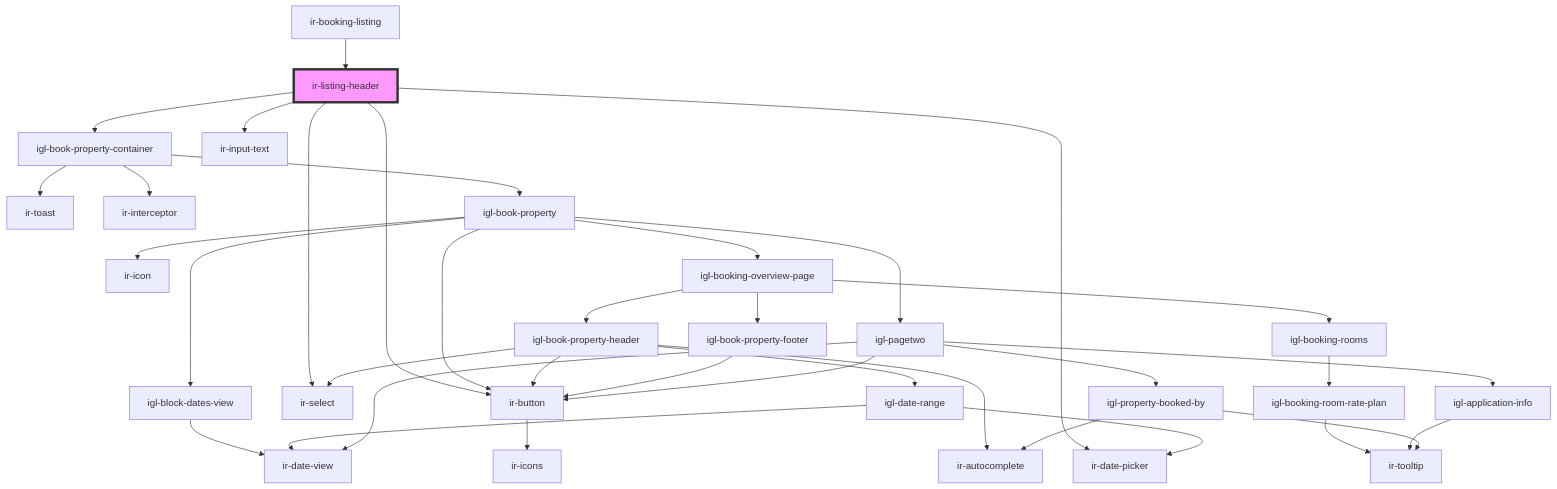
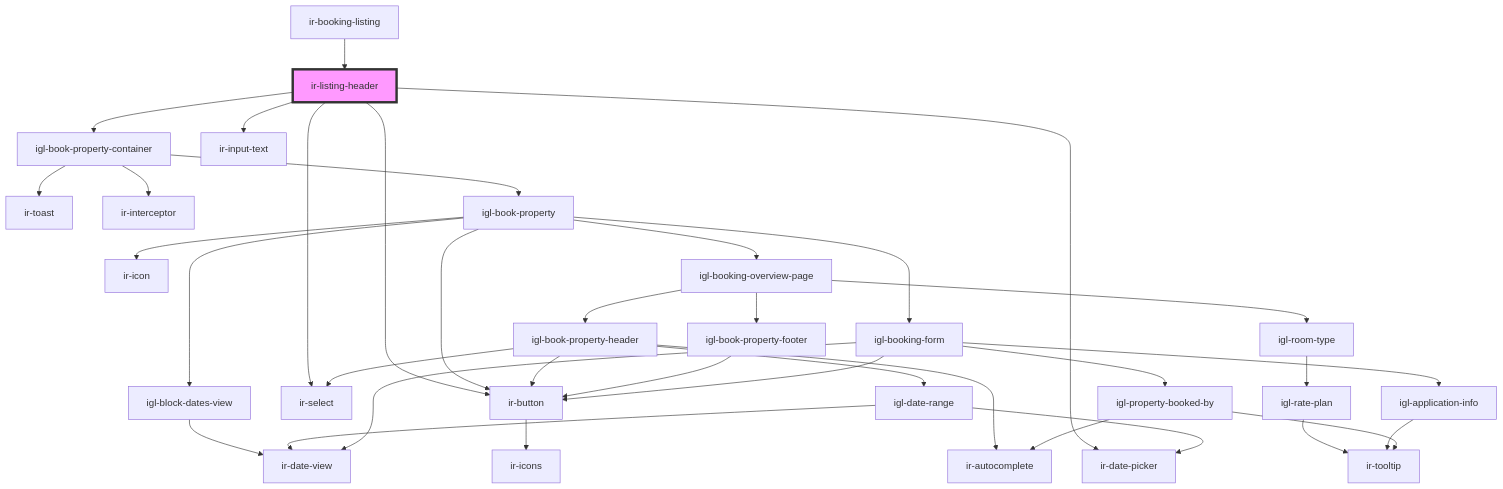
One commit to David1Chowaifaty/modified-ir-webcmp changed the diagram in src/components/ir-booking-listing/ir-listing-header/readme.md. Above: the diagram before and after it, drawn with Mermaid. The commit also changed 28 other files, not shown here.

````diff
--- a/src/components/ir-booking-listing/ir-listing-header/readme.md
+++ b/src/components/ir-booking-listing/ir-listing-header/readme.md
@@ -39,39 +39,39 @@
 ```mermaid
 graph TD;
   ir-listing-header --> igl-book-property-container
   ir-listing-header --> ir-button
   ir-listing-header --> ir-input-text
   ir-listing-header --> ir-select
   ir-listing-header --> ir-date-picker
   igl-book-property-container --> ir-toast
   igl-book-property-container --> ir-interceptor
   igl-book-property-container --> igl-book-property
   igl-book-property --> igl-block-dates-view
   igl-book-property --> ir-button
   igl-book-property --> ir-icon
   igl-book-property --> igl-booking-overview-page
-  igl-book-property --> igl-pagetwo
+  igl-book-property --> igl-booking-form
   igl-block-dates-view --> ir-date-view
   ir-button --> ir-icons
   igl-booking-overview-page --> igl-book-property-header
-  igl-booking-overview-page --> igl-booking-rooms
+  igl-booking-overview-page --> igl-room-type
   igl-booking-overview-page --> igl-book-property-footer
   igl-book-property-header --> ir-autocomplete
   igl-book-property-header --> ir-select
   igl-book-property-header --> ir-button
   igl-book-property-header --> igl-date-range
   igl-date-range --> ir-date-picker
   igl-date-range --> ir-date-view
-  igl-booking-rooms --> igl-booking-room-rate-plan
-  igl-booking-room-rate-plan --> ir-tooltip
+  igl-room-type --> igl-rate-plan
+  igl-rate-plan --> ir-tooltip
   igl-book-property-footer --> ir-button
-  igl-pagetwo --> ir-date-view
-  igl-pagetwo --> igl-application-info
-  igl-pagetwo --> igl-property-booked-by
-  igl-pagetwo --> ir-button
+  igl-booking-form --> ir-date-view
+  igl-booking-form --> igl-application-info
+  igl-booking-form --> igl-property-booked-by
+  igl-booking-form --> ir-button
   igl-application-info --> ir-tooltip
   igl-property-booked-by --> ir-autocomplete
   igl-property-booked-by --> ir-tooltip
   ir-booking-listing --> ir-listing-header
   style ir-listing-header fill:#f9f,stroke:#333,stroke-width:4px
 ```
````
